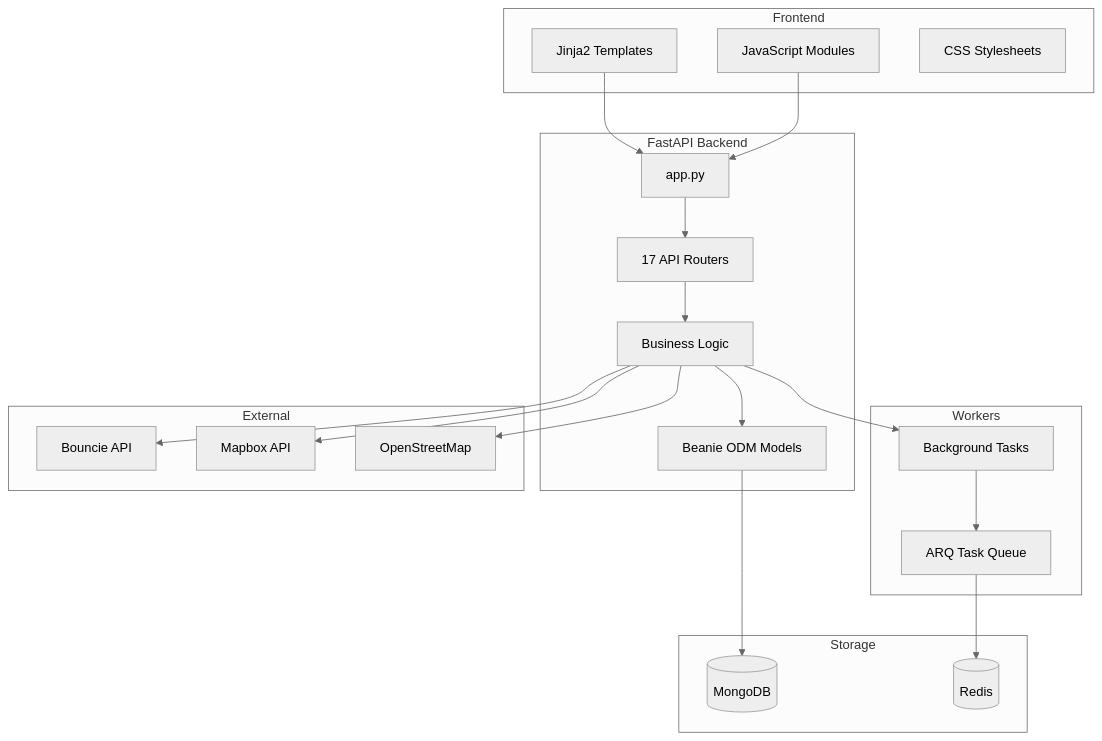
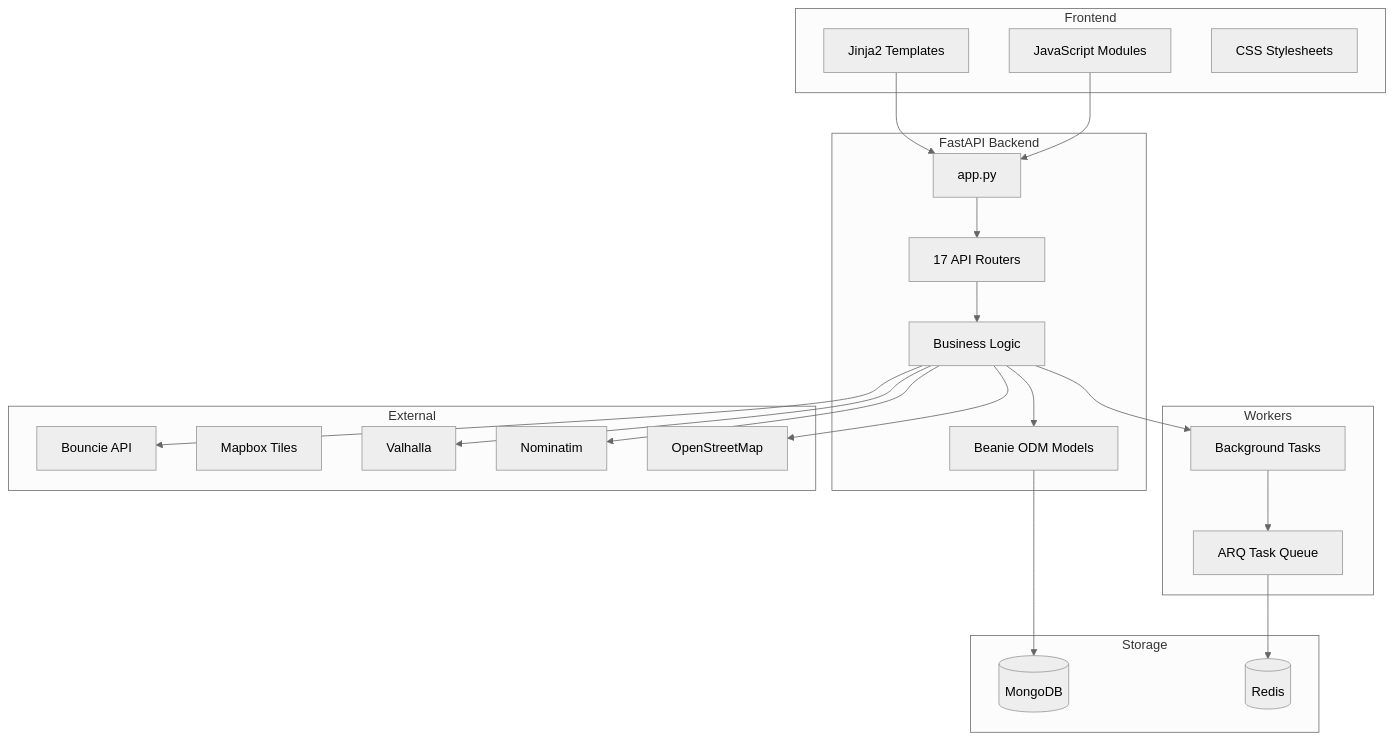
One commit to realronaldrump/everystreet-new changed the diagram in docs/application_inventory.md. Above: the diagram before and after it, drawn with Mermaid (neutral theme). The commit also changed other lines of this file and 42 other files, not shown here.

Commit message:
refactor: Replace Mapbox with Valhalla for map matching and Nominatim for geocoding in backend services, while retaining Mapbox for frontend map rendering.

````diff
--- a/docs/application_inventory.md
+++ b/docs/application_inventory.md
@@ -54,46 +56,49 @@
 ```mermaid
 graph TB
     subgraph Frontend
         Templates[Jinja2 Templates]
         JS[JavaScript Modules]
         CSS[CSS Stylesheets]
     end
     
     subgraph Backend["FastAPI Backend"]
         App[app.py]
         Routers[17 API Routers]
         Services[Business Logic]
         Models[Beanie ODM Models]
     end
     
     subgraph Workers
         ARQ[ARQ Task Queue]
         Tasks[Background Tasks]
     end
     
     subgraph External
         Bouncie[Bouncie API]
-        Mapbox[Mapbox API]
+        Mapbox[Mapbox Tiles]
+        Valhalla[Valhalla]
+        Nominatim[Nominatim]
         OSM[OpenStreetMap]
     end
     
     subgraph Storage
         MongoDB[(MongoDB)]
         Redis[(Redis)]
     end
     
     Templates --> App
     JS --> App
     App --> Routers
     Routers --> Services
     Services --> Models
     Models --> MongoDB
     
     ARQ --> Redis
     Tasks --> ARQ
     Services --> Tasks
     
     Services --> Bouncie
-    Services --> Mapbox
+    Services --> Valhalla
+    Services --> Nominatim
     Services --> OSM
 ```
````
